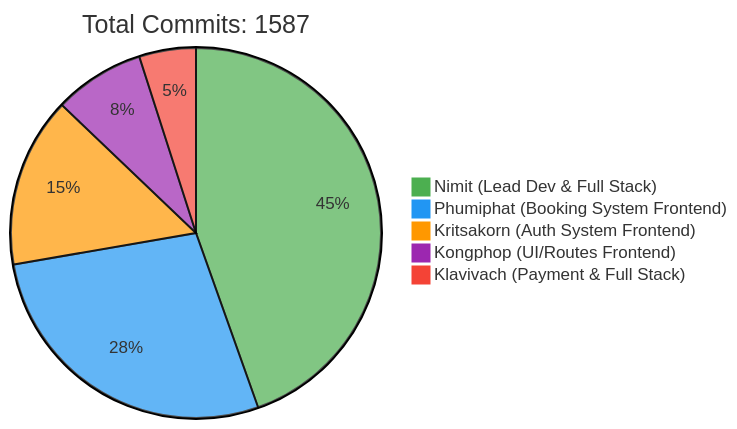
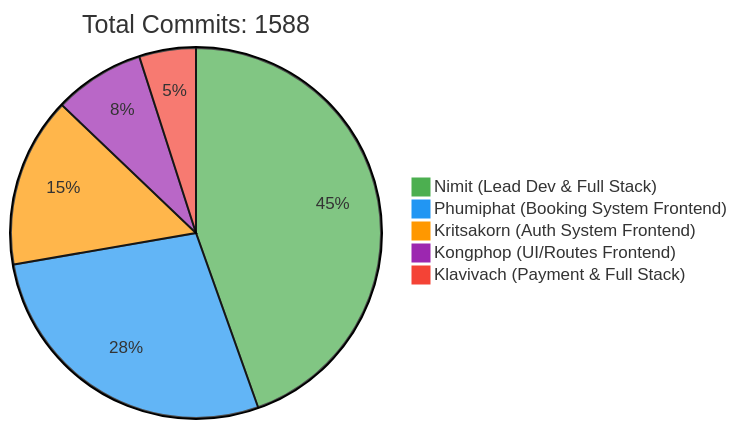
Before and after one commit to 6531503042/Sport-Complex: the first of 2 diagrams in README.md, drawn with Mermaid. The commit also changed other lines of this file, not shown here.

Commit message:
docs: Update contributor statistics [skip ci]

````diff
--- a/README.md
+++ b/README.md
@@ -257,10 +257,10 @@
 ```mermaid
 %%{init: {'theme': 'base', 'themeVariables': { 'pie1': '#4CAF50', 'pie2': '#2196F3', 'pie3': '#FF9800', 'pie4': '#9C27B0', 'pie5': '#F44336'}}}%%
 pie
-    title Total Commits: 1587
+    title Total Commits: 1588
     "Nimit (Lead Dev & Full Stack)" : 450
     "Phumiphat (Booking System Frontend)" : 280
     "Kritsakorn (Auth System Frontend)" : 150
     "Kongphop (UI/Routes Frontend)" : 80
     "Klavivach (Payment & Full Stack)" : 50
 ```
````
